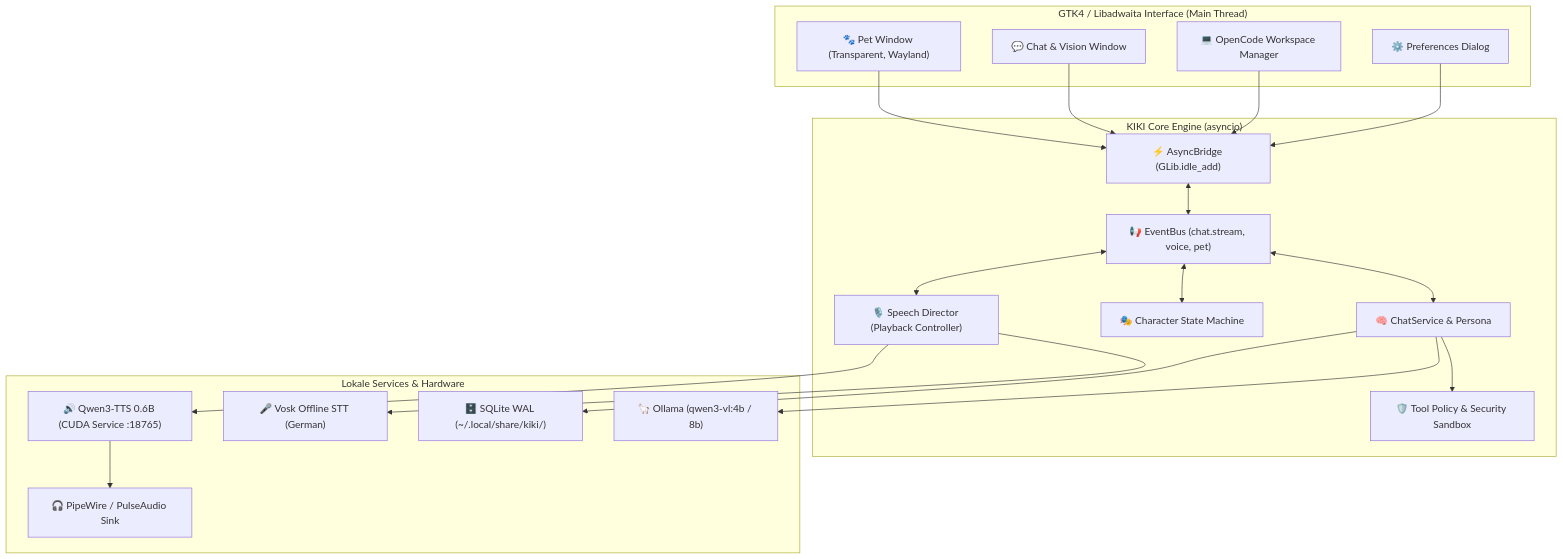
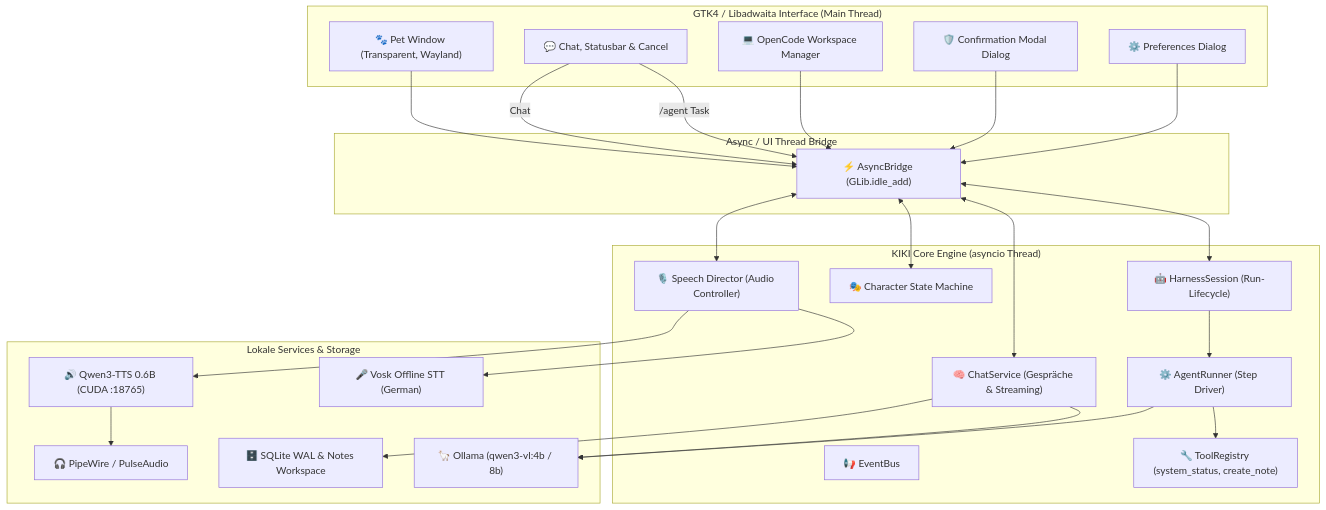
Before and after one commit to ST1CKEL/Project_KIKI: the diagram in README.md, drawn with Mermaid. The commit also changed other lines of this file and 2 other files, not shown here.

Commit message:
docs: update README, architecture, and user guide with agent harness and visual assets

````diff
--- a/README.md
+++ b/README.md
@@ -85,44 +114,55 @@
 ```mermaid
 flowchart TD
     subgraph UI ["GTK4 / Libadwaita Interface (Main Thread)"]
         PetWindow["🐾 Pet Window (Transparent, Wayland)"]
-        ChatWindow["💬 Chat & Vision Window"]
+        ChatWindow["💬 Chat, Statusbar & Cancel"]
         CodeWindow["💻 OpenCode Workspace Manager"]
+        ConfirmDialog["🛡️ Confirmation Modal Dialog"]
         SettingsDialog["⚙️ Preferences Dialog"]
     end
 
-    subgraph Core ["KIKI Core Engine (asyncio)"]
+    subgraph Bridge ["Async / UI Thread Bridge"]
         AsyncBridge["⚡ AsyncBridge (GLib.idle_add)"]
-        EventBus["📢 EventBus (chat.stream, voice, pet)"]
-        ChatService["🧠 ChatService & Persona"]
-        StateMachine["🎭 Character State Machine"]
-        ToolExecutor["🛡️ Tool Policy & Security Sandbox"]
-        SpeechDirector["🎙️ Speech Director (Playback Controller)"]
     end
 
-    subgraph Backends ["Lokale Services & Hardware"]
+    subgraph Core ["KIKI Core Engine (asyncio Thread)"]
+        EventBus["📢 EventBus"]
+        ChatService["🧠 ChatService (Gespräche & Streaming)"]
+        HarnessSession["🤖 HarnessSession (Run-Lifecycle)"]
+        AgentRunner["⚙️ AgentRunner (Step Driver)"]
+        ToolRegistry["🔧 ToolRegistry (system_status, create_note)"]
+        StateMachine["🎭 Character State Machine"]
+        SpeechDirector["🎙️ Speech Director (Audio Controller)"]
+    end
+
+    subgraph Backends ["Lokale Services & Storage"]
         Ollama["🦙 Ollama (qwen3-vl:4b / 8b)"]
         VoskSTT["🎤 Vosk Offline STT (German)"]
-        TTSMicroservice["🔊 Qwen3-TTS 0.6B (CUDA Service :18765)"]
-        PipeWire["🎧 PipeWire / PulseAudio Sink"]
-        SQLiteDB["🗄️ SQLite WAL (~/.local/share/kiki/)"]
+        TTSMicroservice["🔊 Qwen3-TTS 0.6B (CUDA :18765)"]
+        PipeWire["🎧 PipeWire / PulseAudio"]
+        SQLiteDB["🗄️ SQLite WAL & Notes Workspace"]
     end
 
+    ChatWindow -->|/agent Task| AsyncBridge
+    ChatWindow -->|Chat| AsyncBridge
+    ConfirmDialog --> AsyncBridge
     PetWindow --> AsyncBridge
-    ChatWindow --> AsyncBridge
     CodeWindow --> AsyncBridge
     SettingsDialog --> AsyncBridge
 
-    AsyncBridge <--> EventBus
-    EventBus <--> ChatService
-    EventBus <--> StateMachine
-    EventBus <--> SpeechDirector
+    AsyncBridge <--> HarnessSession
+    AsyncBridge <--> ChatService
+    AsyncBridge <--> StateMachine
+    AsyncBridge <--> SpeechDirector
 
-    ChatService --> ToolExecutor
+    HarnessSession --> AgentRunner
+    AgentRunner --> ToolRegistry
+    AgentRunner --> Ollama
+
     ChatService --> Ollama
     ChatService --> SQLiteDB
 
     SpeechDirector --> VoskSTT
     SpeechDirector --> TTSMicroservice
     TTSMicroservice --> PipeWire
 ```
````
